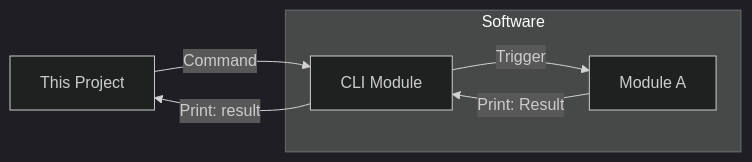
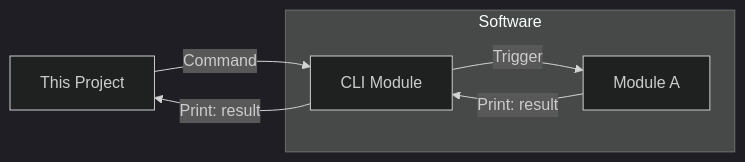
Before and after one commit to nunoya-yuma/blabot: the second of 2 diagrams in README.md, drawn with Mermaid (dark theme). The commit also changed other lines of this file, not shown here.

````diff
--- a/README.md
+++ b/README.md
@@ -25,15 +25,15 @@
 ```mermaid
 graph LR
     This_Project[This Project]
 
     subgraph Software[Software]
         CLI_Module[CLI Module]
         Module_A[Module A]
     end
 
     This_Project -->|Command| CLI_Module
     CLI_Module -->|Print: result| This_Project
 
     CLI_Module -->|Trigger| Module_A
-    Module_A -->|Print: Result| CLI_Module
+    Module_A -->|Print: result| CLI_Module
 ```
````
